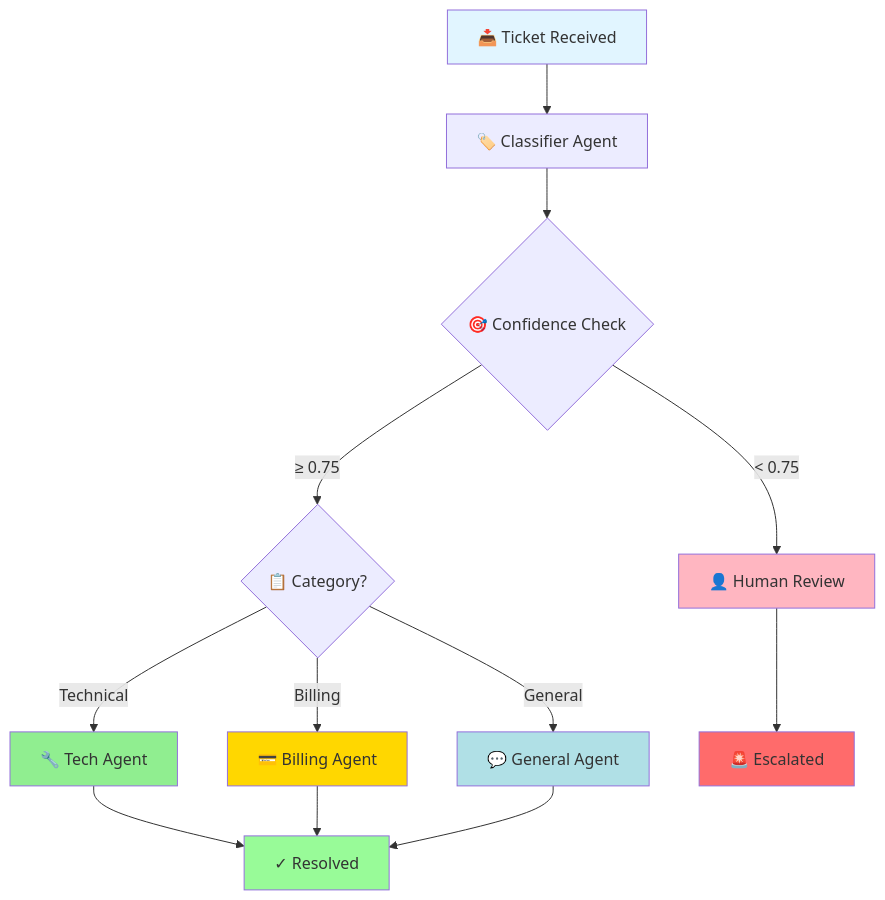
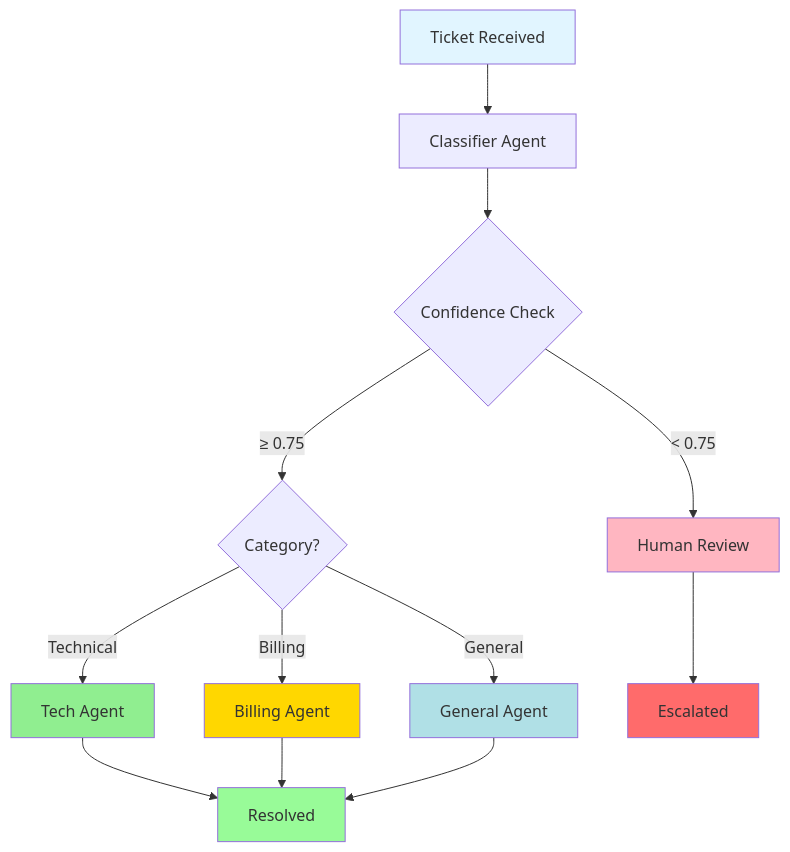
One commit to aaryan182/ai_agents_prod_langgraph changed the second of 10 diagrams in README.md. Above: the diagram before and after it, drawn with Mermaid. The commit also changed other lines of this file and 7 other files, not shown here.

````diff
--- a/README.md
+++ b/README.md
@@ -237,22 +237,22 @@
 ```mermaid
 graph TD
-    A[📥 Ticket Received] --> B[🏷️ Classifier Agent]
-    B --> C{🎯 Confidence Check}
-    C -->|< 0.75| D[👤 Human Review]
-    C -->|≥ 0.75| E{📋 Category?}
-    E -->|Technical| F[🔧 Tech Agent]
-    E -->|Billing| G[💳 Billing Agent]
-    E -->|General| H[💬 General Agent]
-    F --> I[✓ Resolved]
+    A[Ticket Received] --> B[Classifier Agent]
+    B --> C{Confidence Check}
+    C -->|< 0.75| D[Human Review]
+    C -->|≥ 0.75| E{Category?}
+    E -->|Technical| F[Tech Agent]
+    E -->|Billing| G[Billing Agent]
+    E -->|General| H[General Agent]
+    F --> I[Resolved]
     G --> I
     H --> I
-    D --> J[🚨 Escalated]
+    D --> J[Escalated]
     
     style A fill:#e1f5ff
     style D fill:#FFB6C1
     style F fill:#90EE90
     style G fill:#FFD700
     style H fill:#B0E0E6
     style I fill:#98FB98
     style J fill:#FF6B6B
 ```
````
